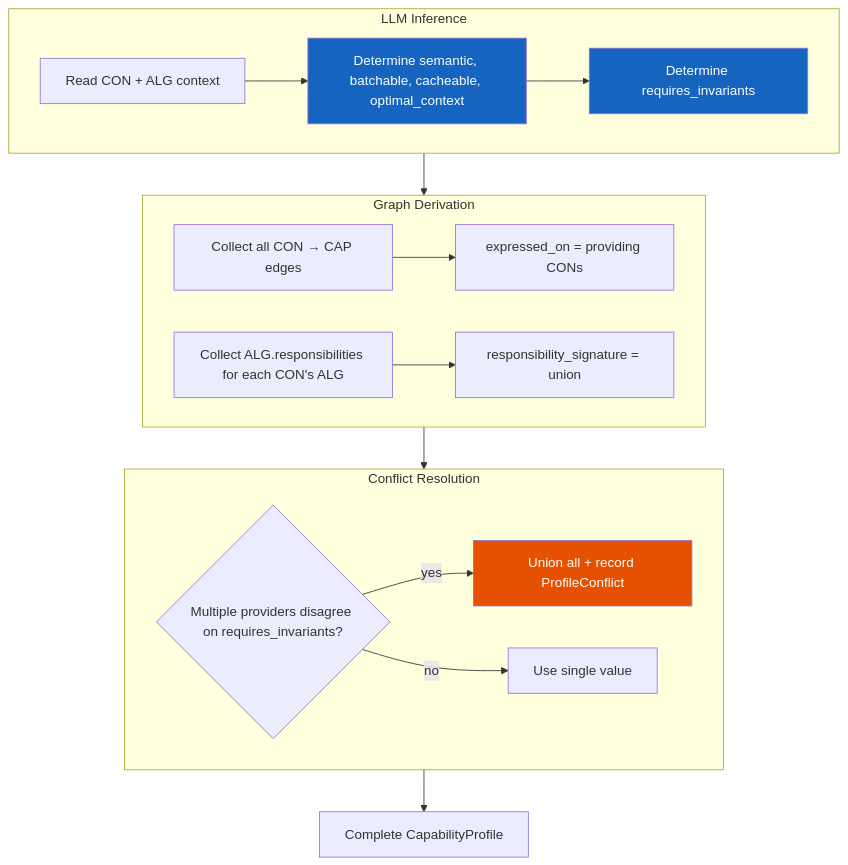
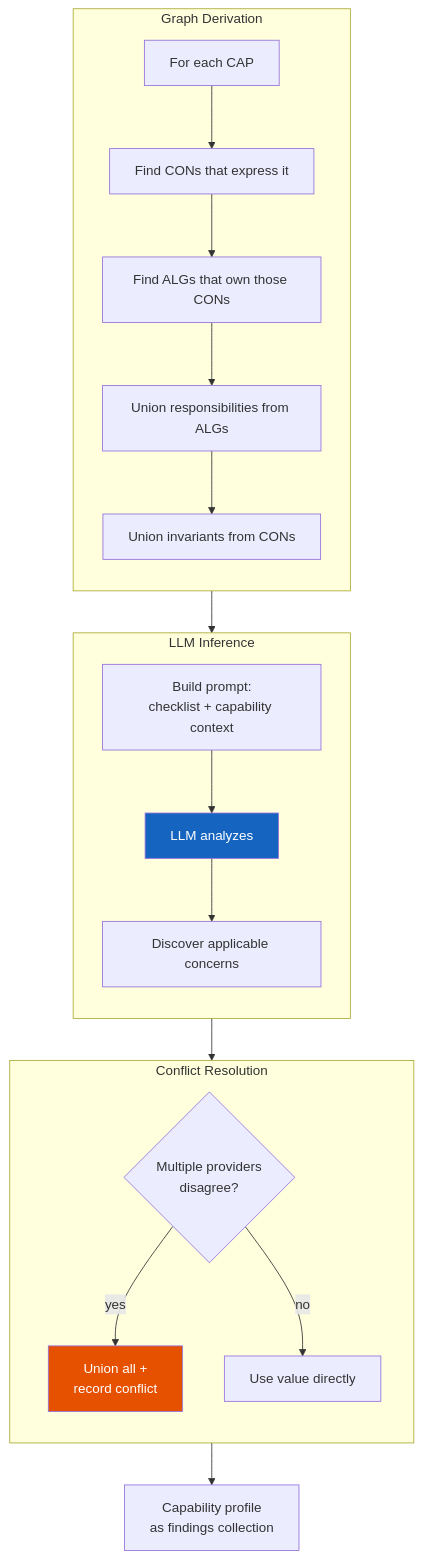
One commit to nestharus/ai-workflow changed the ninth of 34 diagrams in .tasks/plans/algorithm graph creator/feedback.md. Above: the diagram before and after it, drawn with Mermaid. The commit also changed other lines of this file and 14 other files, not shown here.

````diff
--- a/.tasks/plans/algorithm graph creator/feedback.md
+++ b/.tasks/plans/algorithm graph creator/feedback.md
@@ -260,26 +366,28 @@
 ```mermaid
 flowchart TB
-    subgraph INFER[LLM Inference]
-        direction LR
-        A[Read CON + ALG context] --> B[Determine semantic, batchable, cacheable, optimal_context]:::llm
-        B --> C[Determine requires_invariants]:::llm
+    subgraph DERIVE[Graph Derivation]
+        direction TB
+        D1[For each CAP] --> D2[Find CONs that express it]
+        D2 --> D3[Find ALGs that own those CONs]
+        D3 --> D4[Union responsibilities from ALGs]
+        D4 --> D5[Union invariants from CONs]
     end
 
-    subgraph DERIVE[Graph Derivation]
-        direction LR
-        D[Collect all CON → CAP edges] --> E[expressed_on = providing CONs]
-        F[Collect ALG.responsibilities for each CON's ALG] --> G[responsibility_signature = union]
+    subgraph INFER[LLM Inference]
+        direction TB
+        I1[Build prompt:<br/>checklist + capability context] --> I2[LLM analyzes]:::llm
+        I2 --> I3[Discover applicable concerns]
     end
 
     subgraph RESOLVE[Conflict Resolution]
-        direction LR
-        H{Multiple providers disagree on requires_invariants?}
-        H -->|yes| I[Union all + record ProfileConflict]:::warn
-        H -->|no| J[Use single value]
+        direction TB
+        R1{Multiple providers<br/>disagree?}
+        R1 -->|yes| R2[Union all +<br/>record conflict]:::warn
+        R1 -->|no| R3[Use value directly]
     end
 
-    INFER --> DERIVE --> RESOLVE --> OUT[Complete CapabilityProfile]
+    DERIVE --> INFER --> RESOLVE --> OUT[Capability profile<br/>as findings collection]
 
     classDef llm fill:#1565c0,color:#fff
     classDef warn fill:#e65100,color:#fff
 ```
````
